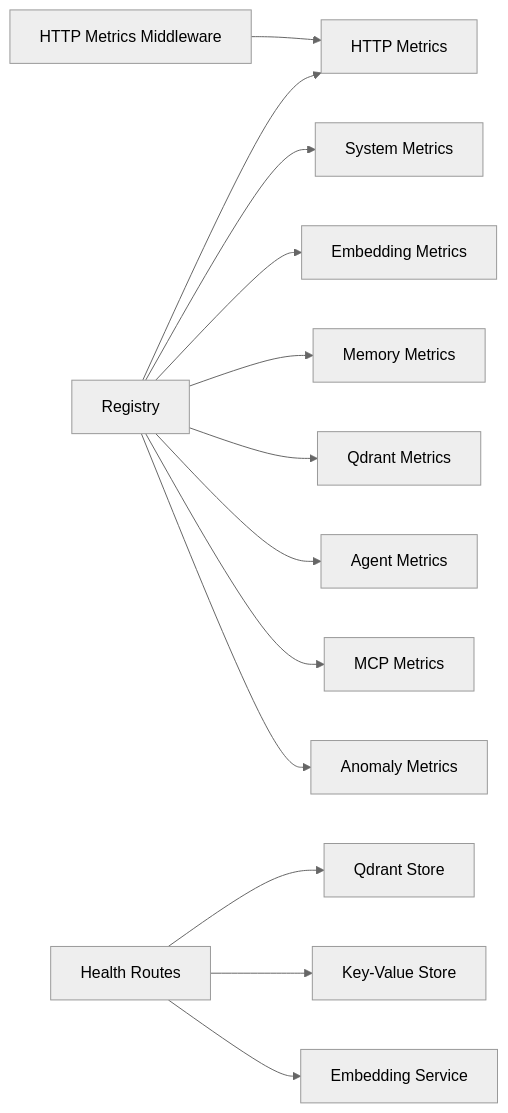
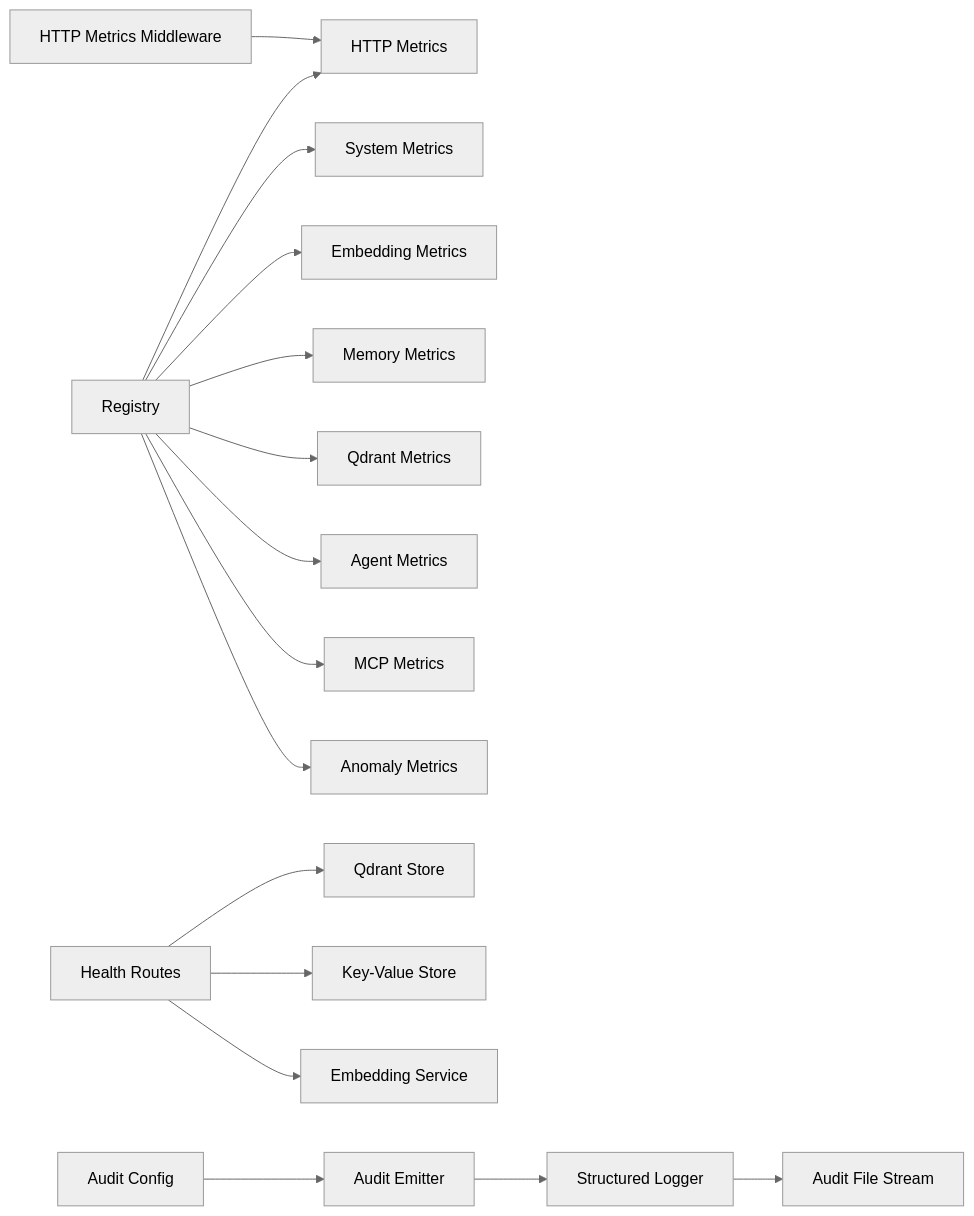
The seventh of 7 diagrams in .qoder/repowiki/en/content/Monitoring & Observability.md (debian777/kairos-mcp), drawn with Mermaid (neutral theme) before and after one commit. The commit also changed other lines of this file and 5 other files, not shown here.

````diff
--- a/.qoder/repowiki/en/content/Monitoring & Observability.md
+++ b/.qoder/repowiki/en/content/Monitoring & Observability.md
@@ -364,15 +473,18 @@
 ```mermaid
 graph LR
 Reg["Registry"] --> HM["HTTP Metrics"]
 Reg --> SM["System Metrics"]
 Reg --> EM["Embedding Metrics"]
 Reg --> MM["Memory Metrics"]
 Reg --> QM["Qdrant Metrics"]
 Reg --> AM["Agent Metrics"]
 Reg --> CM["MCP Metrics"]
 Reg --> AN["Anomaly Metrics"]
 MW["HTTP Metrics Middleware"] --> HM
 HS["Health Routes"] --> Q["Qdrant Store"]
 HS --> KV["Key-Value Store"]
 HS --> ES["Embedding Service"]
+AC["Audit Config"] --> AE["Audit Emitter"]
+AE --> SL["Structured Logger"]
+SL --> AF["Audit File Stream"]
 ```
````
